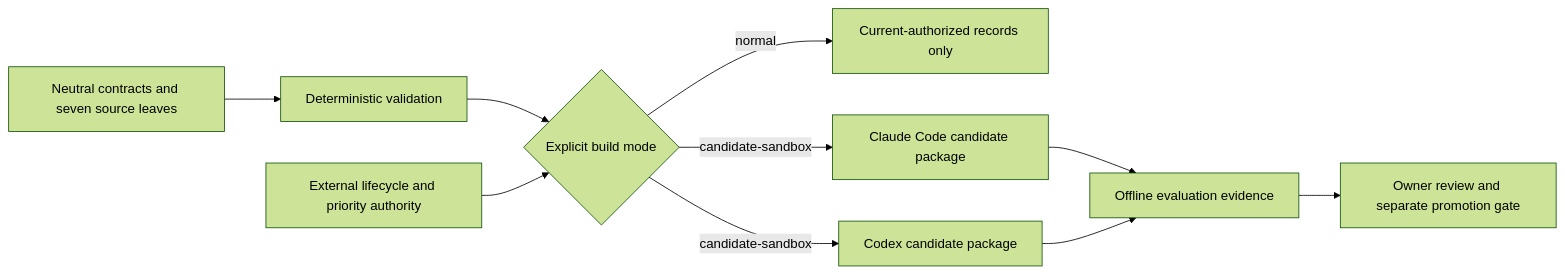
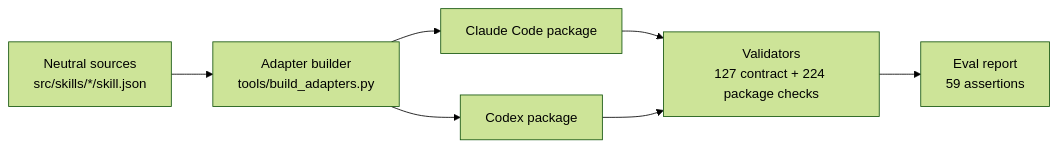
The diagram in README.md (Rahul-Innv/Rigwright), drawn with Mermaid (forest theme) before and after one commit. The commit also changed other lines of this file and 1 other file, not shown here.

First line of the commit message:
docs: rewrite README for external readers; move lifecycle detail to STATUS.md

````diff
--- a/README.md
+++ b/README.md
@@ -33,12 +99,9 @@
 ```mermaid
 flowchart LR
-  A["Neutral contracts and seven source leaves"] --> B["Deterministic validation"]
-  B --> C{"Explicit build mode"}
-  C -- "normal" --> D["Current-authorized records only"]
-  C -- "candidate-sandbox" --> E["Claude Code candidate package"]
-  C -- "candidate-sandbox" --> F["Codex candidate package"]
-  G["External lifecycle and priority authority"] --> C
-  E --> H["Offline evaluation evidence"]
-  F --> H
-  H --> I["Owner review and separate promotion gate"]
+  A["Neutral sources<br>src/skills/*/skill.json"] --> B["Adapter builder<br>tools/build_adapters.py"]
+  B --> C["Claude Code package"]
+  B --> D["Codex package"]
+  C --> E["Validators<br>127 contract + 224 package checks"]
+  D --> E
+  E --> F["Eval report<br>59 assertions"]
 ```
````
